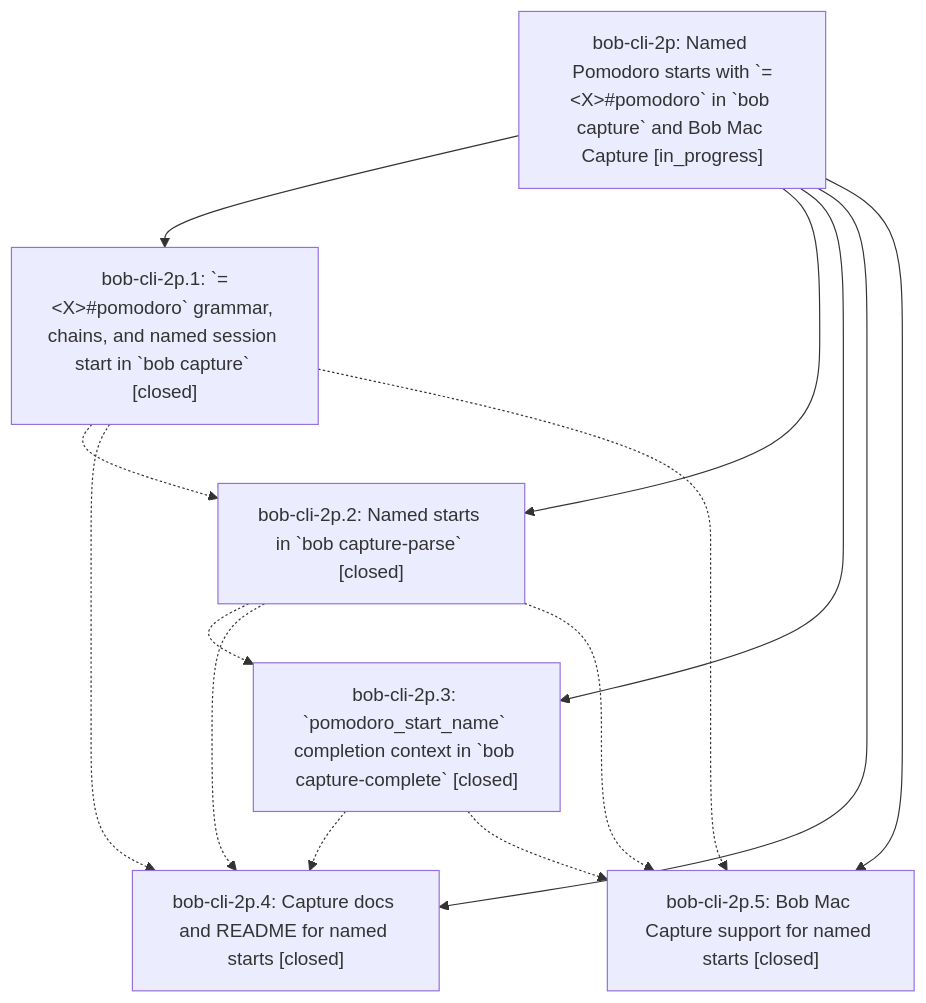
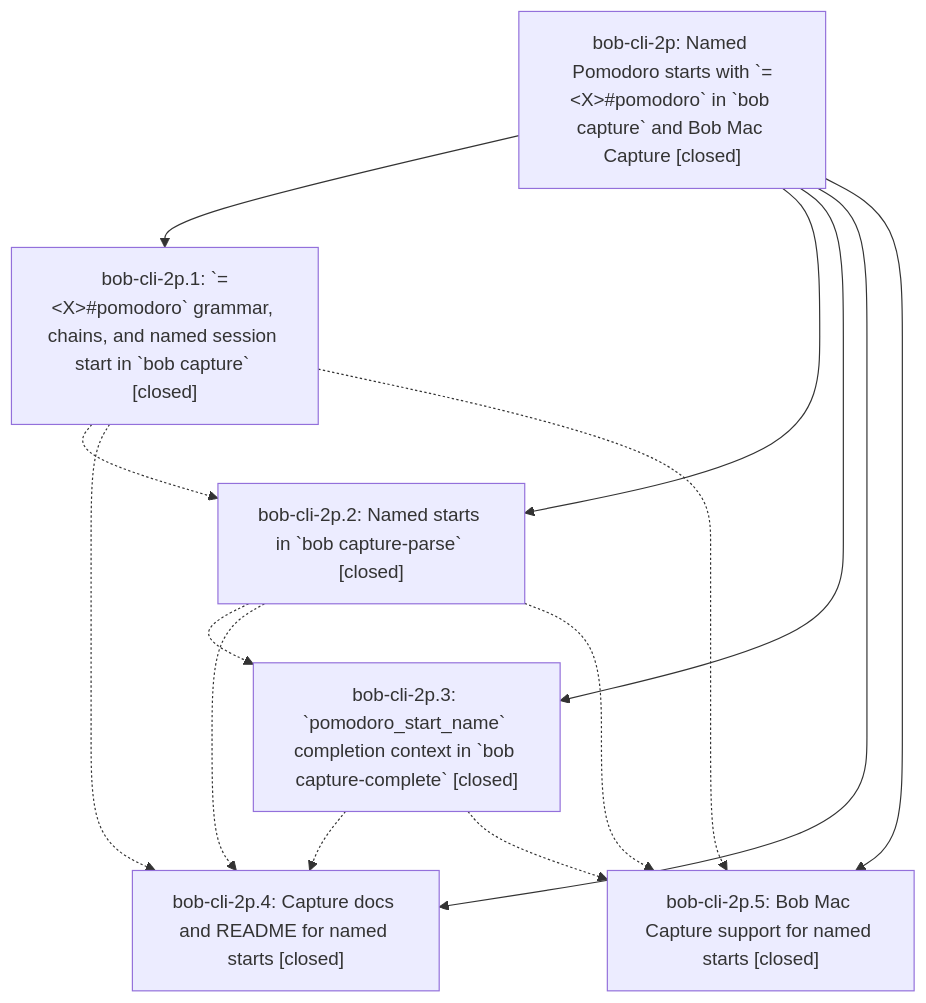
The diagram in pages/bob-cli-2p/README.md (bobs-org/bob-cli--beads), drawn with Mermaid before and after one commit. The commit also changed other lines of this file, not shown here.

First line of the commit message:
chore(beads): sync bead state and pages for bob-cli-2p

````diff
--- a/pages/bob-cli-2p/README.md
+++ b/pages/bob-cli-2p/README.md
@@ -32,22 +40,22 @@
 ```mermaid
 flowchart TD
-    n0["bob-cli-2p: Named Pomodoro starts with `=&lt;X&gt;#pomodoro` in `bob capture` and Bob Mac Capture [in_progress]"]
+    n0["bob-cli-2p: Named Pomodoro starts with `=&lt;X&gt;#pomodoro` in `bob capture` and Bob Mac Capture [closed]"]
     n1["bob-cli-2p.1: `=&lt;X&gt;#pomodoro` grammar, chains, and named session start in `bob capture` [closed]"]
     n2["bob-cli-2p.2: Named starts in `bob capture-parse` [closed]"]
     n3["bob-cli-2p.3: `pomodoro_start_name` completion context in `bob capture-complete` [closed]"]
     n4["bob-cli-2p.4: Capture docs and README for named starts [closed]"]
     n5["bob-cli-2p.5: Bob Mac Capture support for named starts [closed]"]
     n0 --> n1
     n0 --> n2
     n0 --> n3
     n0 --> n4
     n0 --> n5
     n1 -.-> n2
     n1 -.-> n4
     n1 -.-> n5
     n2 -.-> n3
     n2 -.-> n4
     n2 -.-> n5
     n3 -.-> n4
     n3 -.-> n5
 ```
````
